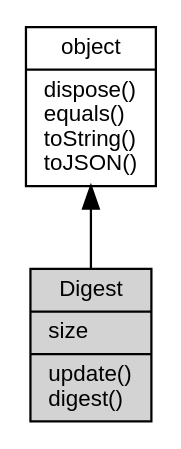
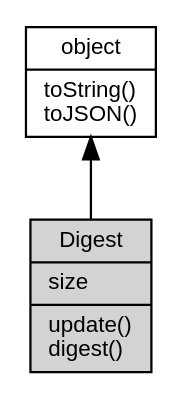
The diagram in docs/object/ifs/Digest.md (asionius/fibjs-ceph), drawn with Graphviz before and after one commit. The commit also changed other lines of this file and 138 other files, not shown here.

````diff
--- a/docs/object/ifs/Digest.md
+++ b/docs/object/ifs/Digest.md
@@ -5,10 +5,10 @@
 ```dot
 digraph {
     node [fontname="Helvetica,sans-Serif", fontsize=10, shape="record", style="filled", fillcolor="white"];
 
-    object [tooltip="object", URL="object.md", label="{object|dispose()\lequals()\ltoString()\ltoJSON()\l}"];
-    Digest [tooltip="Digest", fillcolor="lightgray", label="{Digest|size\l|update()\ldigest()\l}"];
+    object [tooltip="object", URL="object.md", label="{object|toString()\ltoJSON()\l}"];
+    Digest [tooltip="Digest", fillcolor="lightgray", id="me", label="{Digest|size\l|update()\ldigest()\l}"];
 
     object -> Digest [dir=back];
 }
 ```
````
